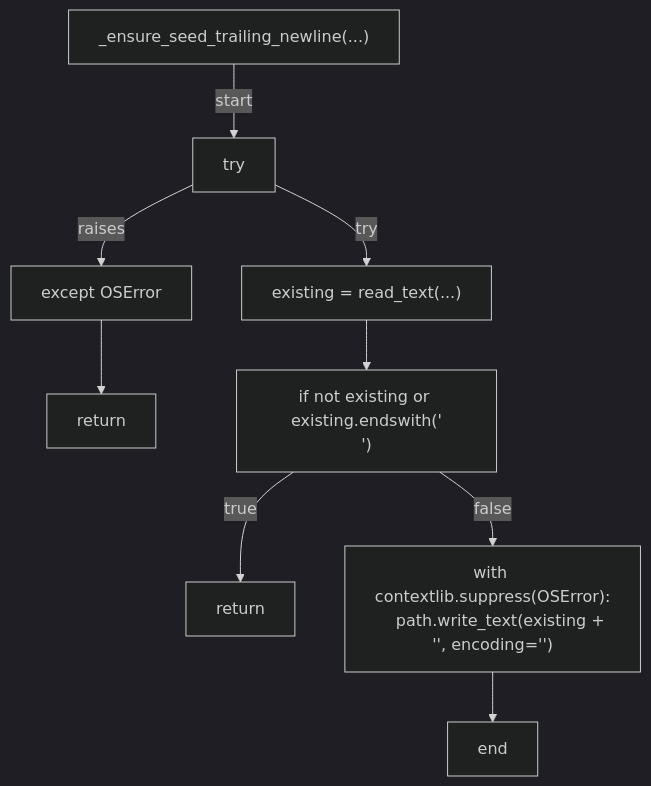
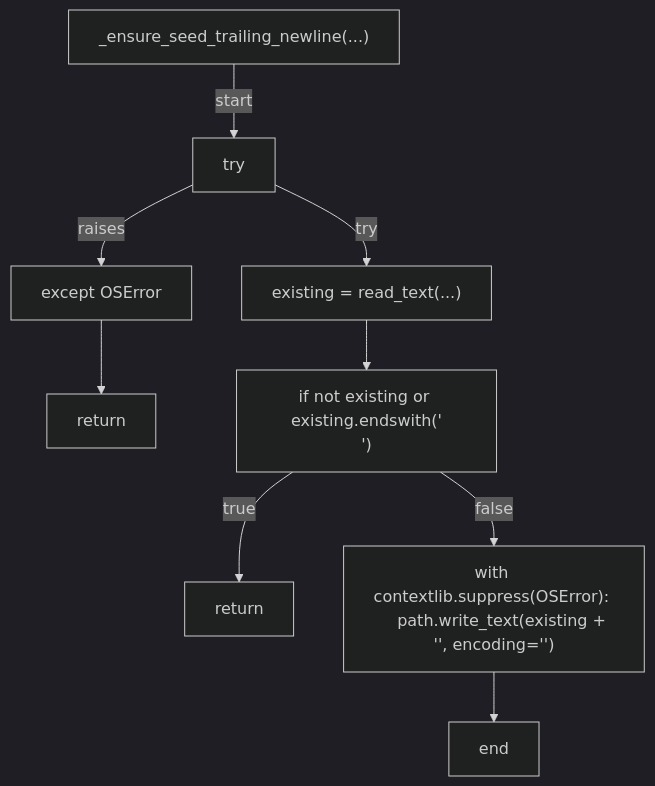
Before and after one commit to tvna/claude-md: the first of 4 diagrams in docs/generated/scripts/ast/check_session_branch.md, drawn with Mermaid (dark theme). The commit also changed 20 other files, not shown here.

First line of the commit message:
docs(generated): regenerate decision tree and workflow diagrams (batch 1/5)

````diff
--- a/docs/generated/scripts/ast/check_session_branch.md
+++ b/docs/generated/scripts/ast/check_session_branch.md
@@ -7,21 +7,20 @@
 ```mermaid
 flowchart TD
     N001["_ensure_seed_trailing_newline(...)"]
     N002["try"]
     N003["existing = read_text(...)"]
     N004["except OSError"]
     N005["return"]
     N006["if not existing or existing.endswith('\n')"]
     N007["return"]
-    N008["with contextlib.suppress(OSError):
-    path.write_text(existing + '<str>', encoding='<str>')"]
+    N008["with contextlib.suppress(OSError):     path.write_text(existing + '<str>', encoding='<str>')"]
     N009["end"]
     N001 -->|"start"| N002
     N002 -->|"try"| N003
     N002 -->|"raises"| N004
     N004 --> N005
     N003 --> N006
     N006 -->|"true"| N007
     N006 -->|"false"| N008
     N008 --> N009
 ```
````
